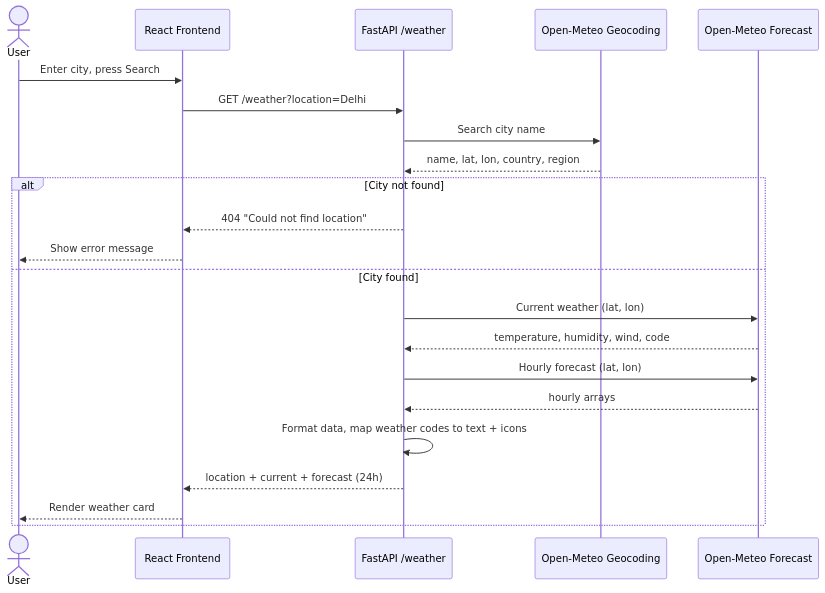
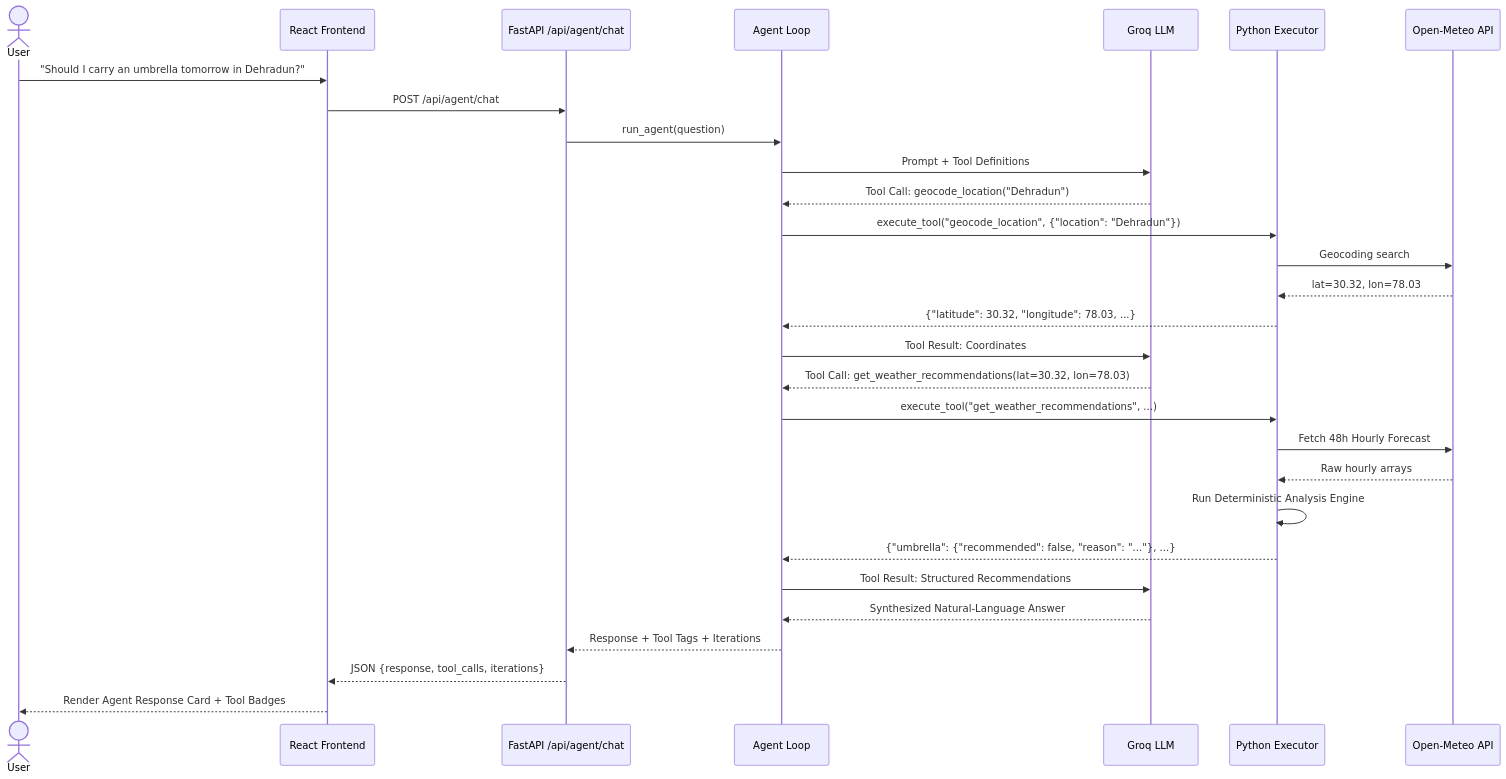
Before and after one commit to TaruneshM/Sky-Reader: the second of 2 diagrams in README.md, drawn with Mermaid. The commit also changed other lines of this file and 12 other files, not shown here.

````diff
--- a/README.md
+++ b/README.md
@@ -29,25 +61,32 @@
 ```mermaid
 sequenceDiagram
     actor User
-    participant FE as React Frontend
-    participant API as FastAPI /weather
-    participant Geo as Open-Meteo Geocoding
-    participant Met as Open-Meteo Forecast
+    participant UI as React Frontend
+    participant API as FastAPI /api/agent/chat
+    participant Agent as Agent Loop
+    participant Groq as Groq LLM
+    participant Exec as Python Executor
+    participant Met as Open-Meteo API
 
-    User->>FE: Enter city, press Search
-    FE->>API: GET /weather?location=Delhi
-    API->>Geo: Search city name
-    Geo-->>API: name, lat, lon, country, region
-    alt City not found
-        API-->>FE: 404 "Could not find location"
-        FE-->>User: Show error message
-    else City found
-        API->>Met: Current weather (lat, lon)
-        Met-->>API: temperature, humidity, wind, code
-        API->>Met: Hourly forecast (lat, lon)
-        Met-->>API: hourly arrays
-        API->>API: Format data, map weather codes to text + icons
-        API-->>FE: location + current + forecast (24h)
-        FE-->>User: Render weather card
-    end
+    User->>UI: "Should I carry an umbrella tomorrow in Dehradun?"
+    UI->>API: POST /api/agent/chat
+    API->>Agent: run_agent(question)
+    Agent->>Groq: Prompt + Tool Definitions
+    Groq-->>Agent: Tool Call: geocode_location("Dehradun")
+    Agent->>Exec: execute_tool("geocode_location", {"location": "Dehradun"})
+    Exec->>Met: Geocoding search
+    Met-->>Exec: lat=30.32, lon=78.03
+    Exec-->>Agent: {"latitude": 30.32, "longitude": 78.03, ...}
+    Agent->>Groq: Tool Result: Coordinates
+    Groq-->>Agent: Tool Call: get_weather_recommendations(lat=30.32, lon=78.03)
+    Agent->>Exec: execute_tool("get_weather_recommendations", ...)
+    Exec->>Met: Fetch 48h Hourly Forecast
+    Met-->>Exec: Raw hourly arrays
+    Exec->>Exec: Run Deterministic Analysis Engine
+    Exec-->>Agent: {"umbrella": {"recommended": false, "reason": "..."}, ...}
+    Agent->>Groq: Tool Result: Structured Recommendations
+    Groq-->>Agent: Synthesized Natural-Language Answer
+    Agent-->>API: Response + Tool Tags + Iterations
+    API-->>UI: JSON {response, tool_calls, iterations}
+    UI-->>User: Render Agent Response Card + Tool Badges
 ```
````
